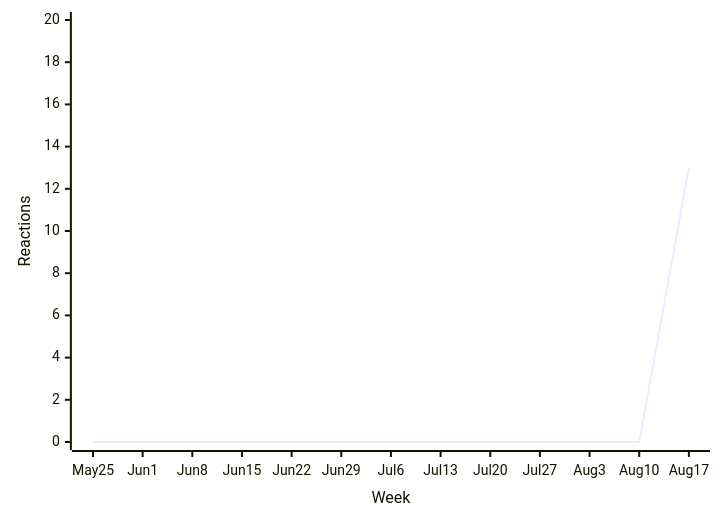
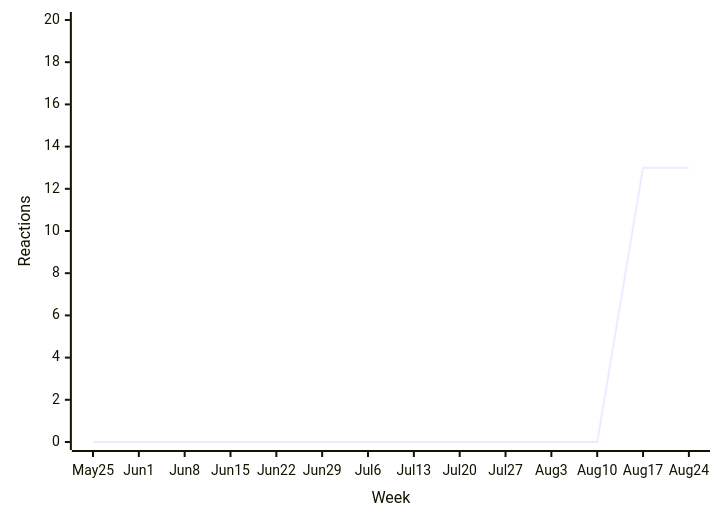
Before and after one commit to loic-sharma/github-insights: diagram 15 of 38 in README.md, drawn with Mermaid. The commit also changed other lines of this file and 3 other files, not shown here.

````diff
--- a/README.md
+++ b/README.md
@@ -562,6 +562,6 @@
   ```mermaid
   xychart-beta
-    x-axis "Week" [May 25, Jun 1, Jun 8, Jun 15, Jun 22, Jun 29, Jul 6, Jul 13, Jul 20, Jul 27, Aug 3, Aug 10, Aug 17]
+    x-axis "Week" [May 25, Jun 1, Jun 8, Jun 15, Jun 22, Jun 29, Jul 6, Jul 13, Jul 20, Jul 27, Aug 3, Aug 10, Aug 17, Aug 24]
     y-axis "Reactions" 0 --> 20
-    line [0, 0, 0, 0, 0, 0, 0, 0, 0, 0, 0, 0, 13]
+    line [0, 0, 0, 0, 0, 0, 0, 0, 0, 0, 0, 0, 13, 13]
   ```
````
